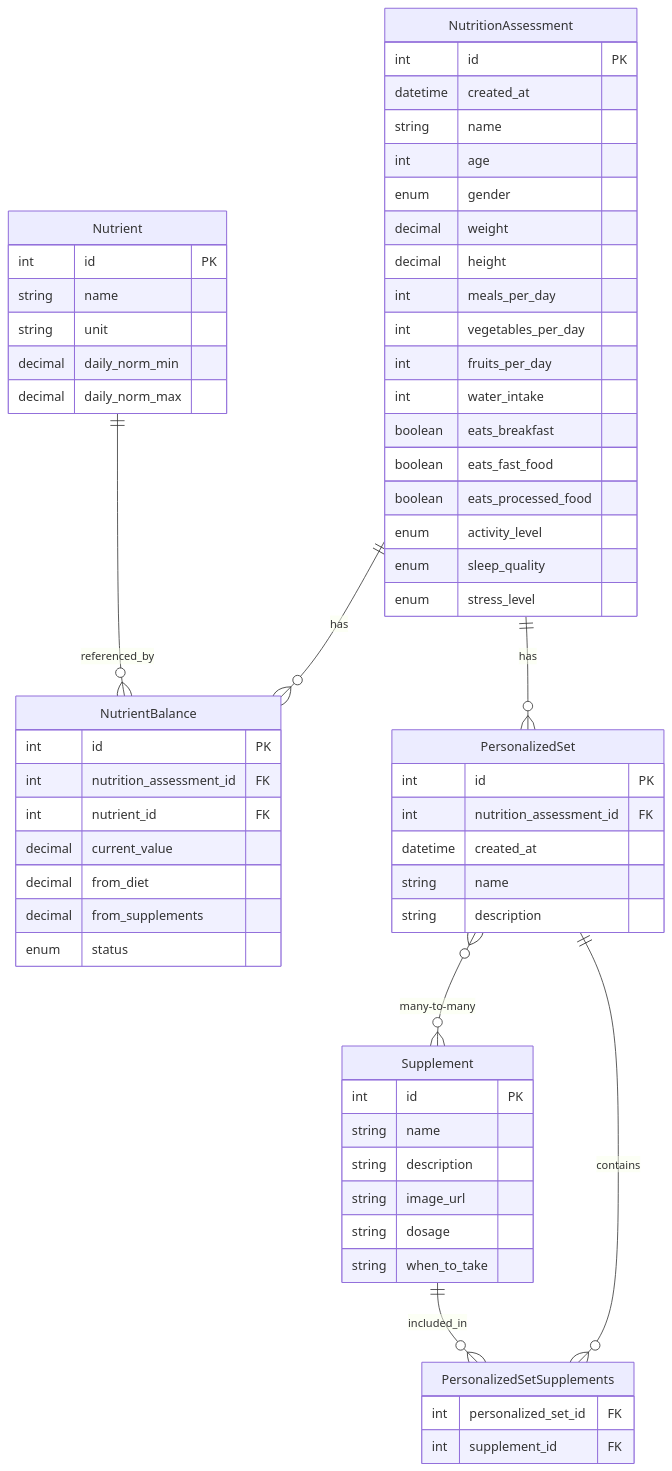
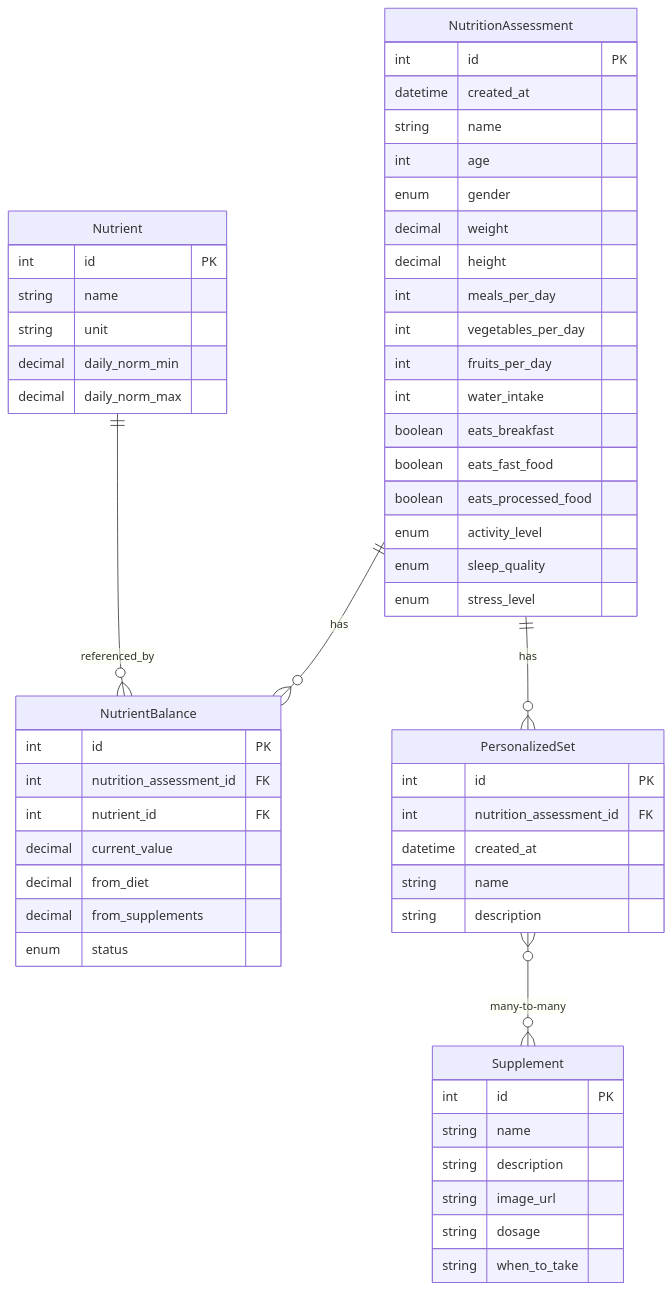
The diagram in database_diagram.md (YourPancakes/Biogenom.Nutrition), drawn with Mermaid before and after one commit. The commit also changed other lines of this file, not shown here.

````diff
--- a/database_diagram.md
+++ b/database_diagram.md
@@ -5,69 +5,62 @@
 ```mermaid
 erDiagram
     NutritionAssessment {
         int id PK
         datetime created_at
         string name
         int age
         enum gender
         decimal weight
         decimal height
         int meals_per_day
         int vegetables_per_day
         int fruits_per_day
         int water_intake
         boolean eats_breakfast
         boolean eats_fast_food
         boolean eats_processed_food
         enum activity_level
         enum sleep_quality
         enum stress_level
     }
 
     Nutrient {
         int id PK
         string name
         string unit
         decimal daily_norm_min
         decimal daily_norm_max
     }
 
     NutrientBalance {
         int id PK
         int nutrition_assessment_id FK
         int nutrient_id FK
         decimal current_value
         decimal from_diet
         decimal from_supplements
         enum status
     }
 
     PersonalizedSet {
         int id PK
         int nutrition_assessment_id FK
         datetime created_at
         string name
         string description
     }
 
     Supplement {
         int id PK
         string name
         string description
         string image_url
         string dosage
         string when_to_take
     }
 
-    PersonalizedSetSupplements {
-        int personalized_set_id FK
-        int supplement_id FK
-    }
-
     NutritionAssessment ||--o{ NutrientBalance : "has"
     NutritionAssessment ||--o{ PersonalizedSet : "has"
     Nutrient ||--o{ NutrientBalance : "referenced_by"
     PersonalizedSet }o--o{ Supplement : "many-to-many"
-    PersonalizedSet ||--o{ PersonalizedSetSupplements : "contains"
-    Supplement ||--o{ PersonalizedSetSupplements : "included_in"
 ```
````
